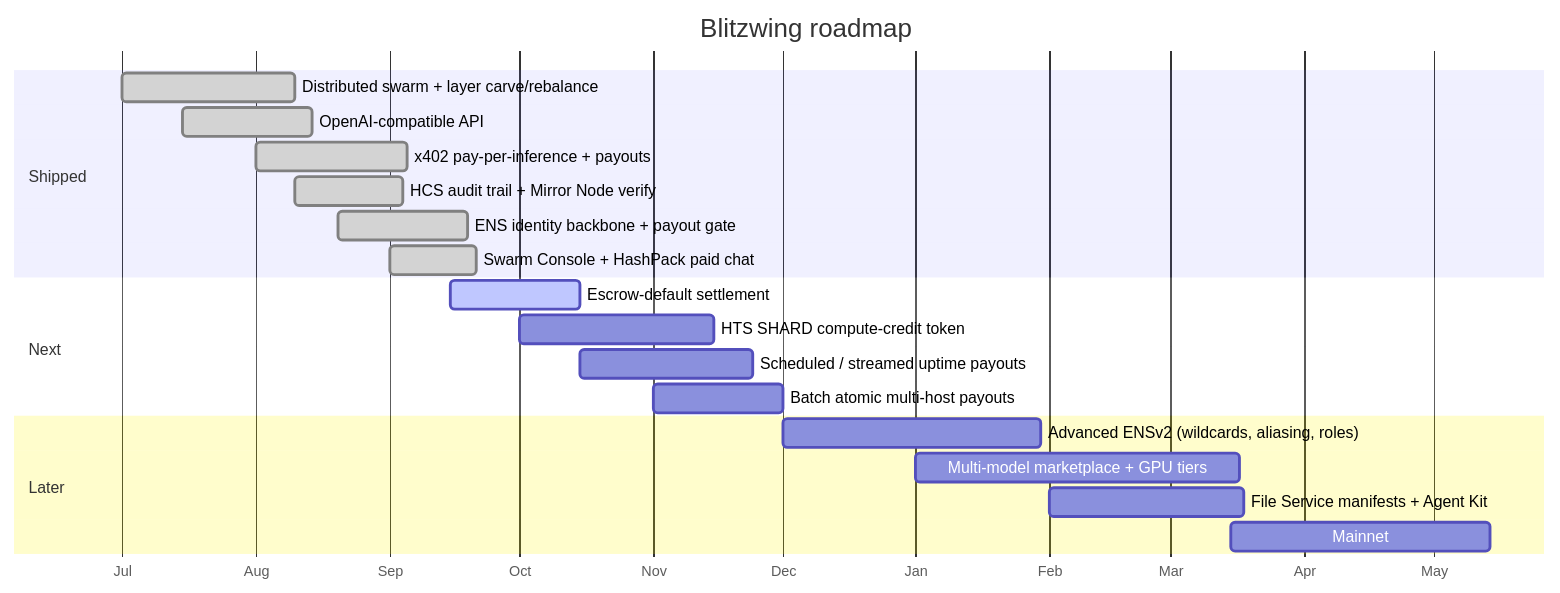
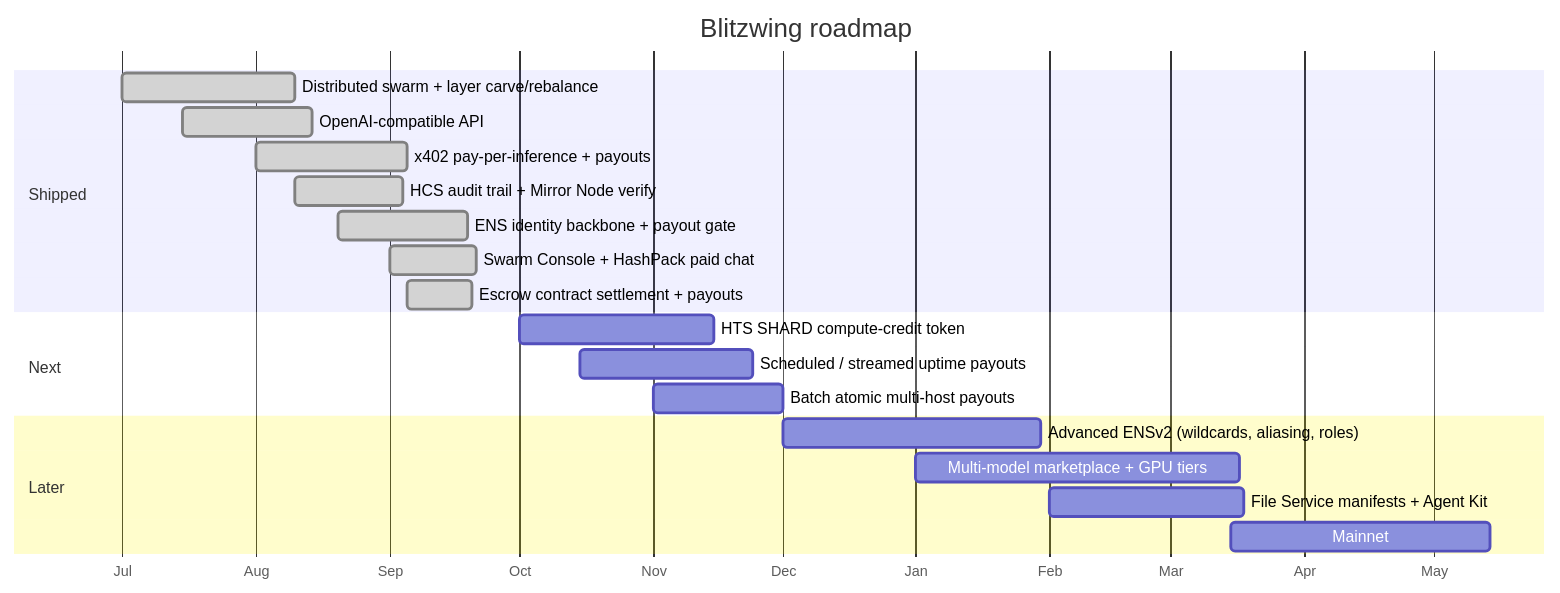
Before and after one commit to Marshal-AM/blitzwing: diagram 12 of 12 in README.md, drawn with Mermaid. The commit also changed other lines of this file, not shown here.

````diff
--- a/README.md
+++ b/README.md
@@ -1257,23 +1238,23 @@
 ```mermaid
 gantt
     title Blitzwing roadmap
     dateFormat  YYYY-MM-DD
     axisFormat  %b
     section Shipped
     Distributed swarm + layer carve/rebalance   :done,   a1, 2026-07-01, 40d
     OpenAI-compatible API                        :done,   a2, 2026-07-15, 30d
     x402 pay-per-inference + payouts             :done,   a3, 2026-08-01, 35d
     HCS audit trail + Mirror Node verify         :done,   a4, 2026-08-10, 25d
     ENS identity backbone + payout gate          :done,   a5, 2026-08-20, 30d
     Swarm Console + HashPack paid chat           :done,   a6, 2026-09-01, 20d
+    Escrow contract settlement + payouts         :done,   a7, 2026-09-05, 15d
     section Next
-    Escrow-default settlement                    :active, b1, 2026-09-15, 30d
     HTS SHARD compute-credit token               :        b2, 2026-10-01, 45d
     Scheduled / streamed uptime payouts          :        b3, 2026-10-15, 40d
     Batch atomic multi-host payouts              :        b4, 2026-11-01, 30d
     section Later
     Advanced ENSv2 (wildcards, aliasing, roles)  :        c1, 2026-12-01, 60d
     Multi-model marketplace + GPU tiers          :        c2, 2027-01-01, 75d
     File Service manifests + Agent Kit           :        c3, 2027-02-01, 45d
     Mainnet                                      :        c4, 2027-03-15, 60d
 ```
````
